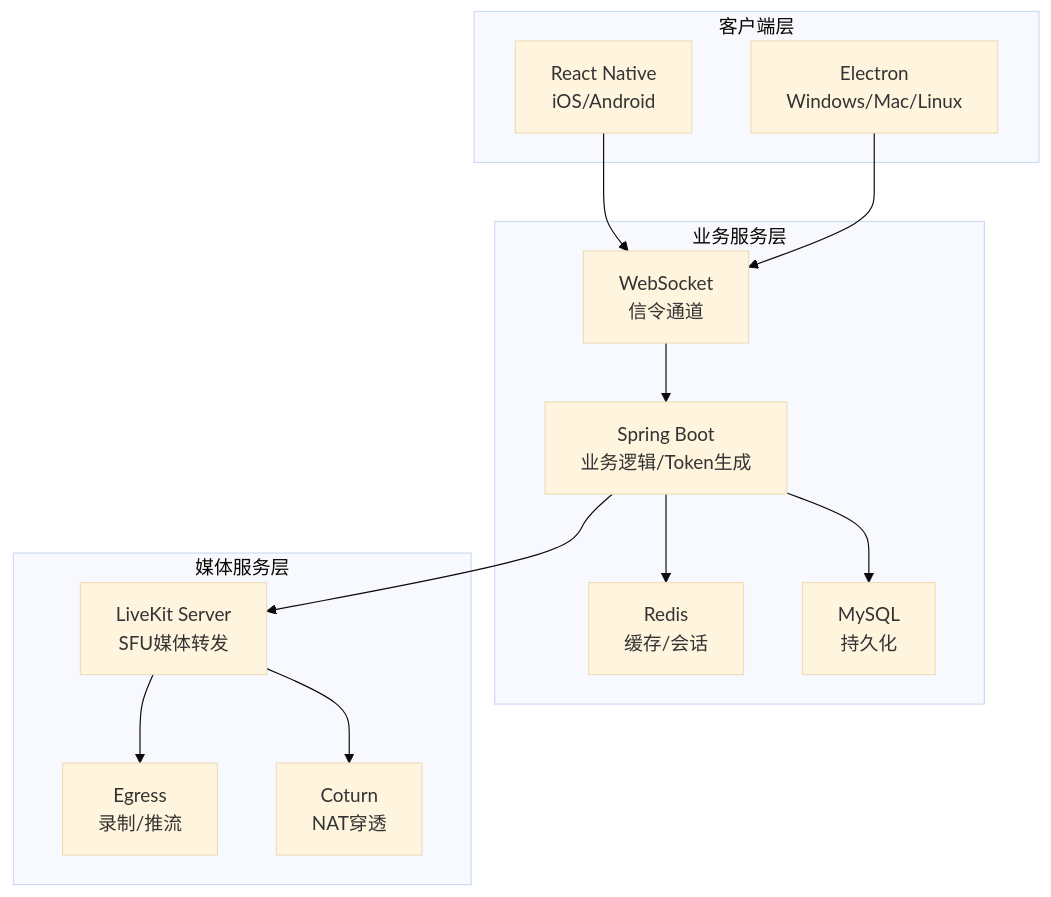
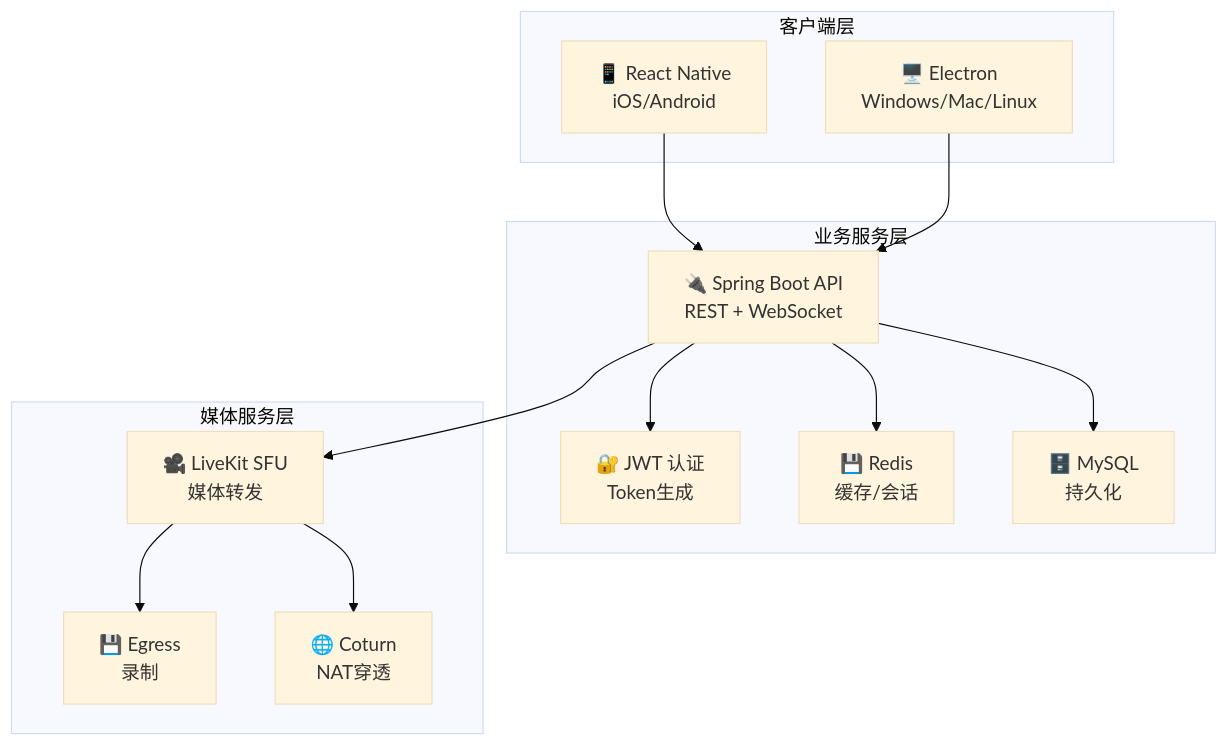
The diagram in phoenix-rtc/README.md (hhhaiai/rtc_demo), drawn with Mermaid (base theme) before and after one commit. The commit also changed other lines of this file and 30 other files, not shown here.

````diff
--- a/phoenix-rtc/README.md
+++ b/phoenix-rtc/README.md
@@ -33,29 +39,29 @@
 ```mermaid
 graph TB
-    subgraph Clients ["客户端层"]
-        RN["React Native<br/>iOS/Android"]
-        Electron["Electron<br/>Windows/Mac/Linux"]
+    subgraph Clients["客户端层"]
+        Mobile["📱 React Native<br/>iOS/Android"]
+        Desktop["🖥️ Electron<br/>Windows/Mac/Linux"]
     end
 
-    subgraph Business ["业务服务层"]
-        SpringBoot["Spring Boot<br/>业务逻辑/Token生成"]
-        WebSocket["WebSocket<br/>信令通道"]
-        Redis["Redis<br/>缓存/会话"]
-        MySQL["MySQL<br/>持久化"]
+    subgraph Business["业务服务层"]
+        API["🔌 Spring Boot API<br/>REST + WebSocket"]
+        Auth["🔐 JWT 认证<br/>Token生成"]
+        Redis["💾 Redis<br/>缓存/会话"]
+        MySQL["🗄️ MySQL<br/>持久化"]
     end
 
-    subgraph Media ["媒体服务层"]
-        LiveKit["LiveKit Server<br/>SFU媒体转发"]
-        Egress["Egress<br/>录制/推流"]
-        TURN["Coturn<br/>NAT穿透"]
+    subgraph Media["媒体服务层"]
+        LiveKit["🎥 LiveKit SFU<br/>媒体转发"]
+        Egress["💾 Egress<br/>录制"]
+        TURN["🌐 Coturn<br/>NAT穿透"]
     end
 
-    RN --> WebSocket
-    Electron --> WebSocket
-    WebSocket --> SpringBoot
-    SpringBoot --> Redis
-    SpringBoot --> MySQL
-    SpringBoot --> LiveKit
+    Mobile --> API
+    Desktop --> API
+    API --> Auth
+    API --> Redis
+    API --> MySQL
+    API --> LiveKit
     LiveKit --> Egress
     LiveKit --> TURN
 ```
````
